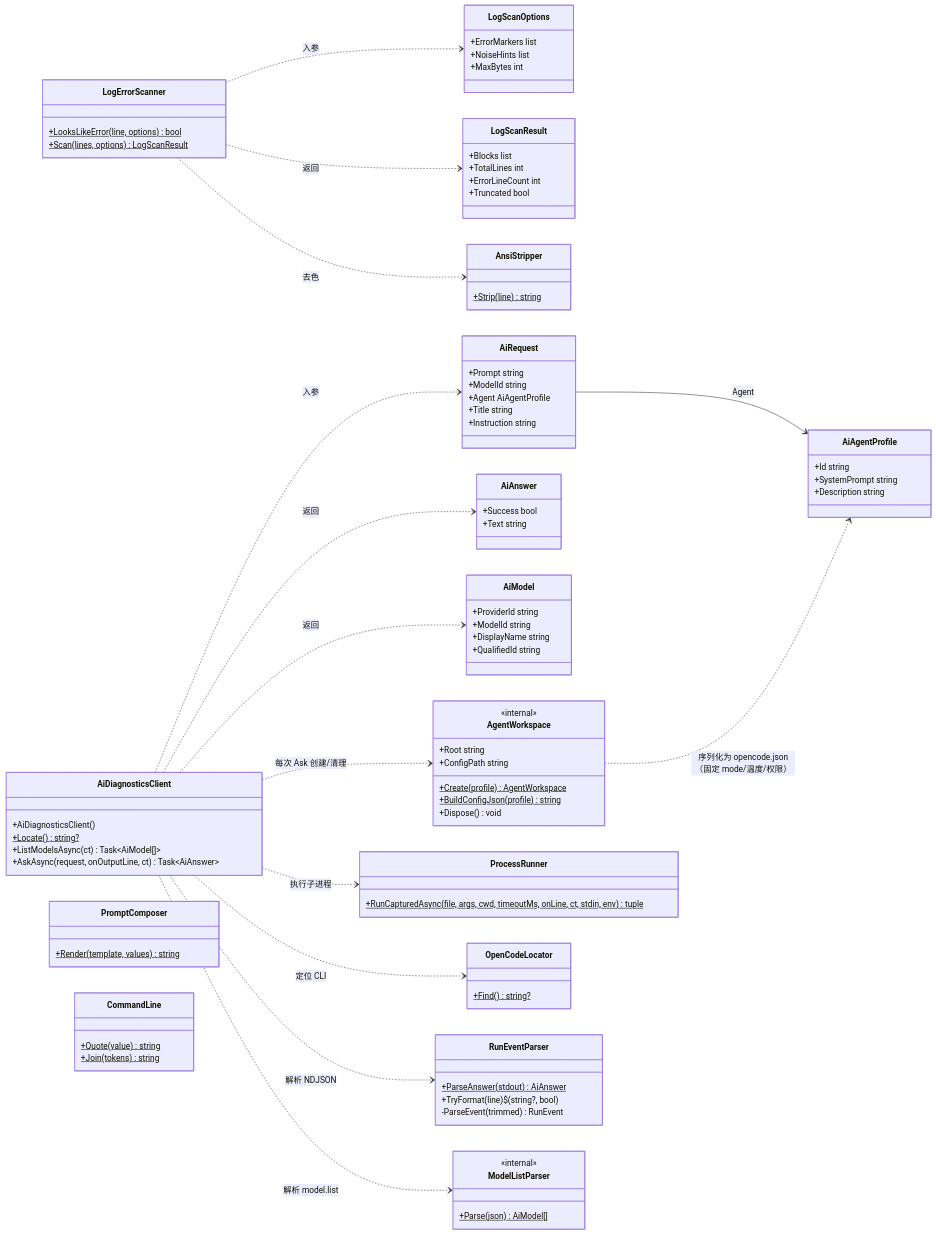
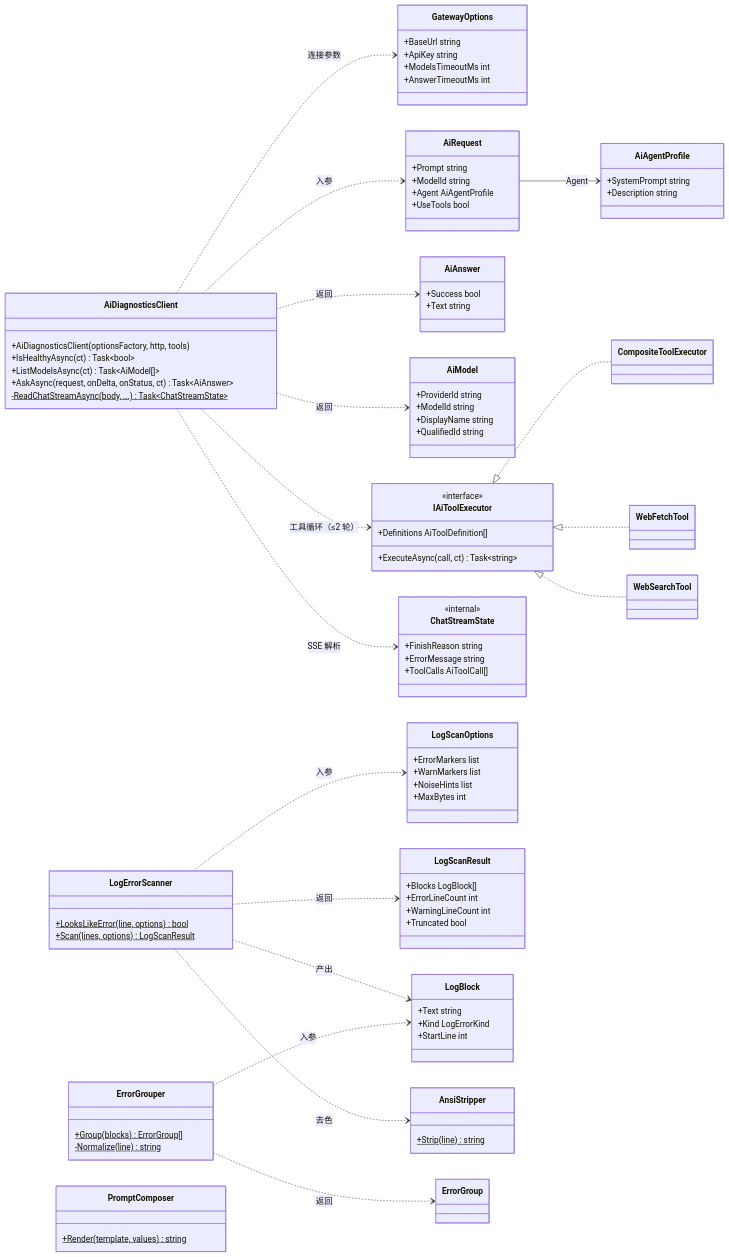
Before and after one commit to self-exiler/SongYueLauncher: the first of 2 diagrams in src/AiDiagnostics/README.md, drawn with Mermaid. The commit also changed other lines of this file and 63 other files, not shown here.

````diff
--- a/src/AiDiagnostics/README.md
+++ b/src/AiDiagnostics/README.md
@@ -222,18 +194,25 @@
     direction LR
 
     class AiDiagnosticsClient {
-        +AiDiagnosticsClient()
-        +Locate()$ string?
+        +AiDiagnosticsClient(optionsFactory, http, tools)
+        +IsHealthyAsync(ct) Task~bool~
         +ListModelsAsync(ct) Task~AiModel[]~
-        +AskAsync(request, onOutputLine, ct) Task~AiAnswer~
+        +AskAsync(request, onDelta, onStatus, ct) Task~AiAnswer~
+        -ReadChatStreamAsync(body, ...)$ Task~ChatStreamState~
+    }
+
+    class GatewayOptions {
+        +BaseUrl string
+        +ApiKey string
+        +ModelsTimeoutMs int
+        +AnswerTimeoutMs int
     }
 
     class AiRequest {
         +Prompt string
         +ModelId string
         +Agent AiAgentProfile
-        +Title string
-        +Instruction string
+        +UseTools bool
     }
 
     class AiAnswer {
@@ -249,9 +228,28 @@
     }
 
     class AiAgentProfile {
-        +Id string
         +SystemPrompt string
         +Description string
+    }
+
+    class IAiToolExecutor {
+        <<interface>>
+        +Definitions AiToolDefinition[]
+        +ExecuteAsync(call, ct) Task~string~
+    }
+
+    class CompositeToolExecutor
+    class WebFetchTool
+    class WebSearchTool
+    IAiToolExecutor <|.. CompositeToolExecutor
+    IAiToolExecutor <|.. WebFetchTool
+    IAiToolExecutor <|.. WebSearchTool
+
+    class ChatStreamState {
+        <<internal>>
+        +FinishReason string
+        +ErrorMessage string
+        +ToolCalls AiToolCall[]
     }
 
     class LogErrorScanner {
@@ -261,76 +259,49 @@
 
     class LogScanOptions {
         +ErrorMarkers list
+        +WarnMarkers list
         +NoiseHints list
         +MaxBytes int
     }
 
     class LogScanResult {
-        +Blocks list
-        +TotalLines int
+        +Blocks LogBlock[]
         +ErrorLineCount int
+        +WarningLineCount int
         +Truncated bool
+    }
+
+    class LogBlock {
+        +Text string
+        +Kind LogErrorKind
+        +StartLine int
+    }
+
+    class ErrorGrouper {
+        +Group(blocks)$ ErrorGroup[]
+        -Normalize(line)$ string
     }
 
     class PromptComposer {
         +Render(template, values)$ string
     }
 
-    class RunEventParser {
-        +ParseAnswer(stdout)$ AiAnswer
-        +TryFormat(line)$ (string?, bool)
-        -ParseEvent(trimmed) RunEvent
-    }
-
-    class ProcessRunner {
-        +RunCapturedAsync(file, args, cwd, timeoutMs, onLine, ct, stdin, env)$ tuple
-    }
-
-    class CommandLine {
-        +Quote(value)$ string
-        +Join(tokens)$ string
-    }
-
     class AnsiStripper {
         +Strip(line)$ string
     }
 
-    class OpenCodeLocator {
-        +Find()$ string?
-    }
-
-    class AgentWorkspace {
-        <<internal>>
-        +Root string
-        +ConfigPath string
-        +Create(profile)$ AgentWorkspace
-        +BuildConfigJson(profile)$ string
-        +Dispose() void
-    }
-
-    class ModelListParser {
-        <<internal>>
-        +Parse(json)$ AiModel[]
-    }
-
-    %% 客户端对外契约
+    AiDiagnosticsClient ..> GatewayOptions : 连接参数
     AiDiagnosticsClient ..> AiRequest : 入参
     AiDiagnosticsClient ..> AiAnswer : 返回
     AiDiagnosticsClient ..> AiModel : 返回
+    AiDiagnosticsClient ..> ChatStreamState : SSE 解析
+    AiDiagnosticsClient ..> IAiToolExecutor : 工具循环（≤2 轮）
+    AiRequest --> AiAgentProfile : Agent
 
-    %% 客户端内部协作
-    AiDiagnosticsClient ..> AgentWorkspace : 每次 Ask 创建/清理
-    AiDiagnosticsClient ..> ProcessRunner : 执行子进程
-    AiDiagnosticsClient ..> OpenCodeLocator : 定位 CLI
-    AiDiagnosticsClient ..> RunEventParser : 解析 NDJSON
-    AiDiagnosticsClient ..> ModelListParser : 解析 model.list
-
-    %% 领域模型
-    AiRequest --> AiAgentProfile : Agent
-    AgentWorkspace ..> AiAgentProfile : 序列化为 opencode.json（固定 mode/温度/权限）
-
-    %% 日志链路
     LogErrorScanner ..> LogScanOptions : 入参
     LogErrorScanner ..> LogScanResult : 返回
+    LogErrorScanner ..> LogBlock : 产出
     LogErrorScanner ..> AnsiStripper : 去色
+    ErrorGrouper ..> LogBlock : 入参
+    ErrorGrouper ..> ErrorGroup : 返回
 ```
````
